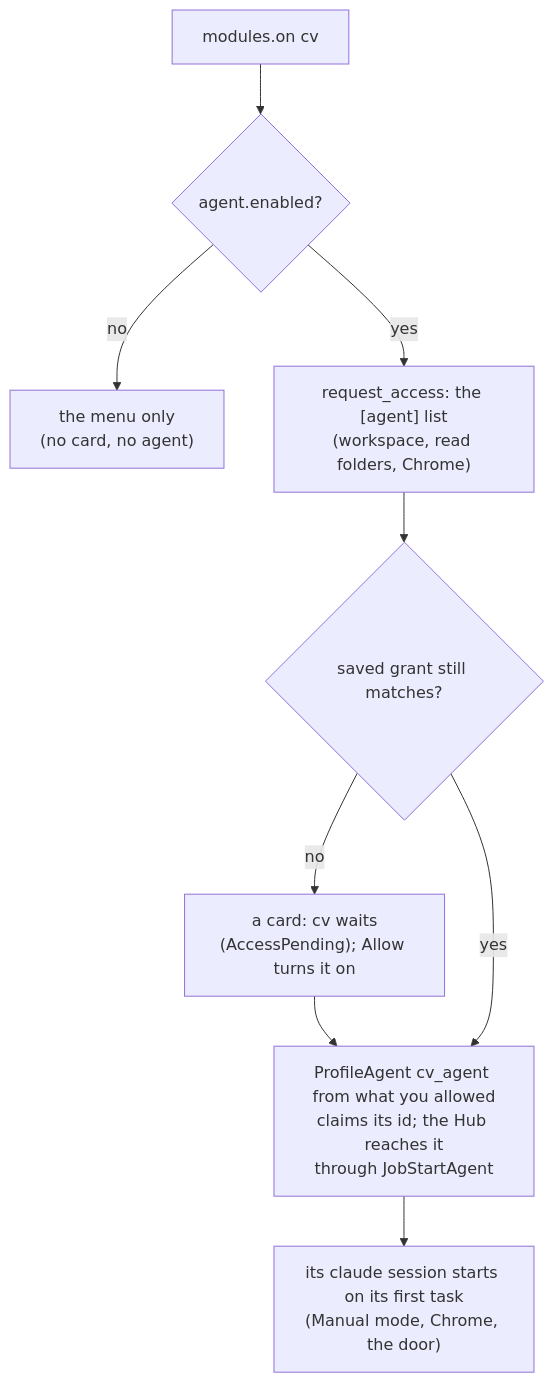
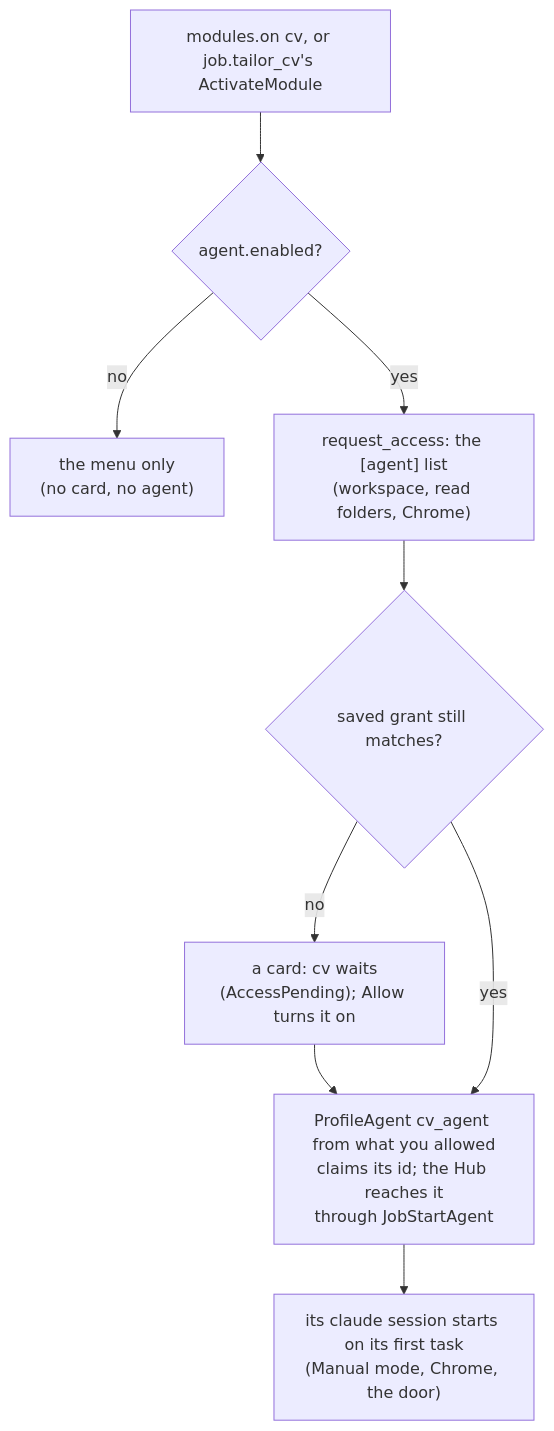
Before and after one commit to sharramon/AI_Assistant: the third of 9 diagrams in src/assistant/modules/cv/docs/architecture.md, drawn with Mermaid. The commit also changed other lines of this file and 16 other files, not shown here.

Commit message:
Module layout step 1: CLAUDE.md loads only the short overview; repo_claude_md = false for cv's agent and the job agent (--settings, developer_rules.md); layout tripwires; checklist

````diff
--- a/src/assistant/modules/cv/docs/architecture.md
+++ b/src/assistant/modules/cv/docs/architecture.md
@@ -188,16 +188,16 @@
 ```mermaid
 flowchart TB
-  t0["modules.on cv"]
+  t0["modules.on cv, or job.tailor_cv's ActivateModule"]
   t1{"agent.enabled?"}
   t2["the menu only<br/>(no card, no agent)"]
   t3["request_access: the [agent] list<br/>(workspace, read folders, Chrome)"]
   t4{"saved grant still matches?"}
   t5["a card: cv waits<br/>(AccessPending); Allow turns it on"]
   t6["ProfileAgent cv_agent from what you allowed<br/>claims its id; the Hub reaches it<br/>through JobStartAgent"]
   t7["its claude session starts on its first task<br/>(Manual mode, Chrome, the door)"]
   t0 --> t1
   t1 -- no --> t2
   t1 -- yes --> t3 --> t4
   t4 -- no --> t5 --> t6
   t4 -- yes --> t6 --> t7
 ```
````
